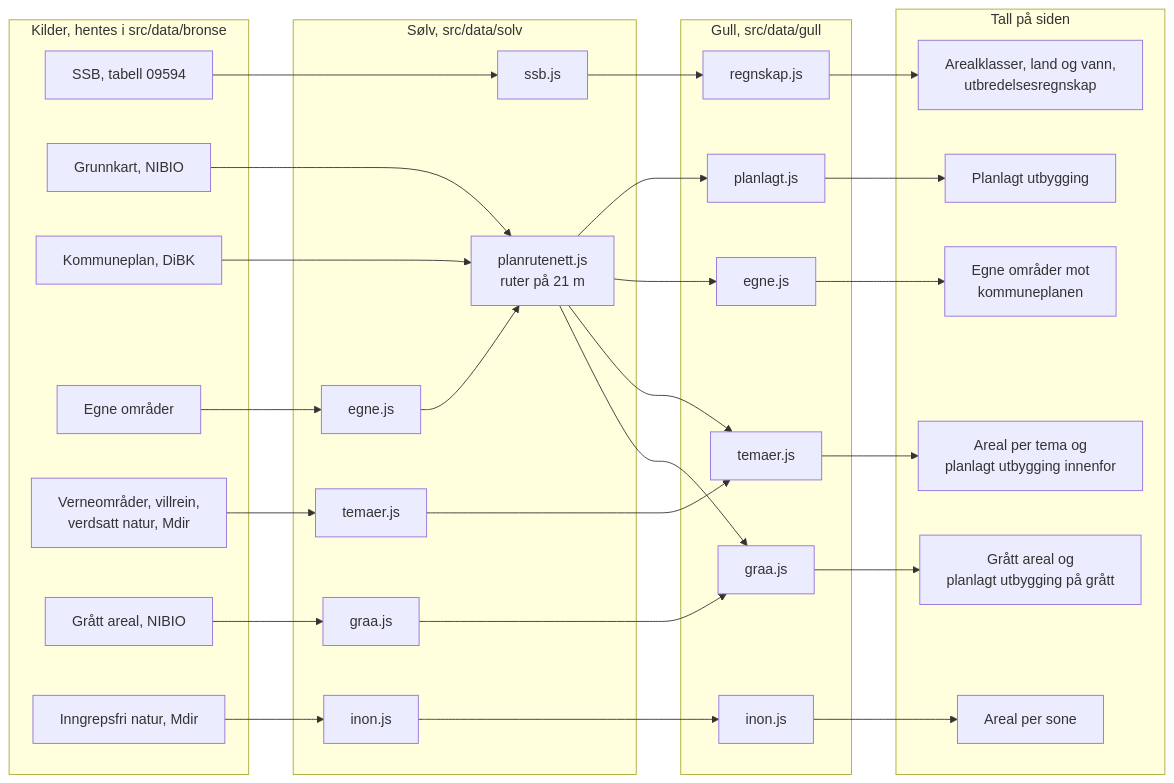
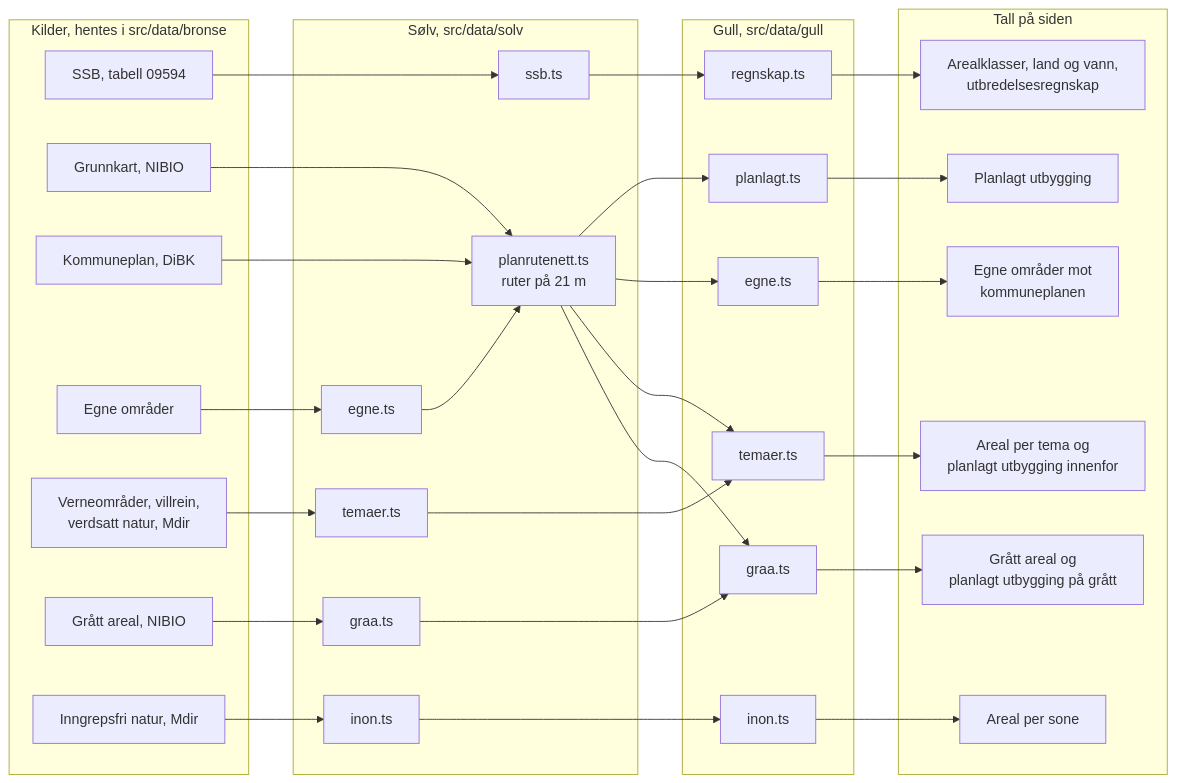
One commit to eirikvk/Publicdemorepo changed the diagram in METODE.md. Above: the diagram before and after it, drawn with Mermaid. The commit also changed other lines of this file and 52 other files, not shown here.

````diff
--- a/METODE.md
+++ b/METODE.md
@@ -27,47 +27,47 @@
 ```mermaid
 flowchart LR
   subgraph Kilder["Kilder, hentes i src/data/bronse"]
     SSB["SSB, tabell 09594"]
     NIBIO["Grunnkart, NIBIO"]
     DiBK["Kommuneplan, DiBK"]
     Bruker["Egne områder"]
     Mdir["Verneområder, villrein,<br/>verdsatt natur, Mdir"]
     GRAA["Grått areal, NIBIO"]
     INON["Inngrepsfri natur, Mdir"]
   end
   subgraph Solv["Sølv, src/data/solv"]
-    sssb["ssb.js"]
-    segne["egne.js"]
-    splan["planrutenett.js<br/>ruter på 21 m"]
-    stemaer["temaer.js"]
-    sgraa["graa.js"]
-    sinon["inon.js"]
+    sssb["ssb.ts"]
+    segne["egne.ts"]
+    splan["planrutenett.ts<br/>ruter på 21 m"]
+    stemaer["temaer.ts"]
+    sgraa["graa.ts"]
+    sinon["inon.ts"]
   end
   subgraph Gull["Gull, src/data/gull"]
-    gregnskap["regnskap.js"]
-    gplan["planlagt.js"]
-    gegne["egne.js"]
-    gtemaer["temaer.js"]
-    ggraa["graa.js"]
-    ginon["inon.js"]
+    gregnskap["regnskap.ts"]
+    gplan["planlagt.ts"]
+    gegne["egne.ts"]
+    gtemaer["temaer.ts"]
+    ggraa["graa.ts"]
+    ginon["inon.ts"]
   end
   subgraph Tall["Tall på siden"]
     T1["Arealklasser, land og vann,<br/>utbredelsesregnskap"]
     T2["Planlagt utbygging"]
     T6["Egne områder mot<br/>kommuneplanen"]
     T3["Areal per tema og<br/>planlagt utbygging innenfor"]
     T5["Grått areal og<br/>planlagt utbygging på grått"]
     T4["Areal per sone"]
   end
   SSB --> sssb --> gregnskap --> T1
   NIBIO --> splan
   DiBK --> splan
   Bruker --> segne --> splan
   splan --> gplan --> T2
   splan --> gegne --> T6
   Mdir --> stemaer --> gtemaer --> T3
   splan --> gtemaer
   GRAA --> sgraa --> ggraa --> T5
   splan --> ggraa
   INON --> sinon --> ginon --> T4
 ```
````
